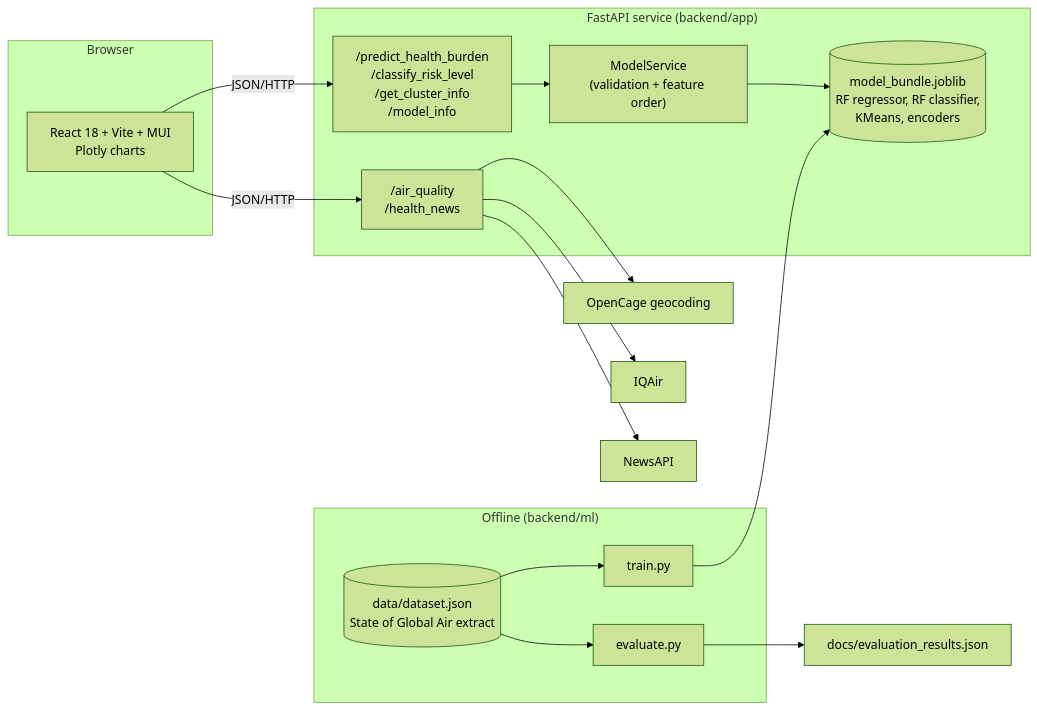
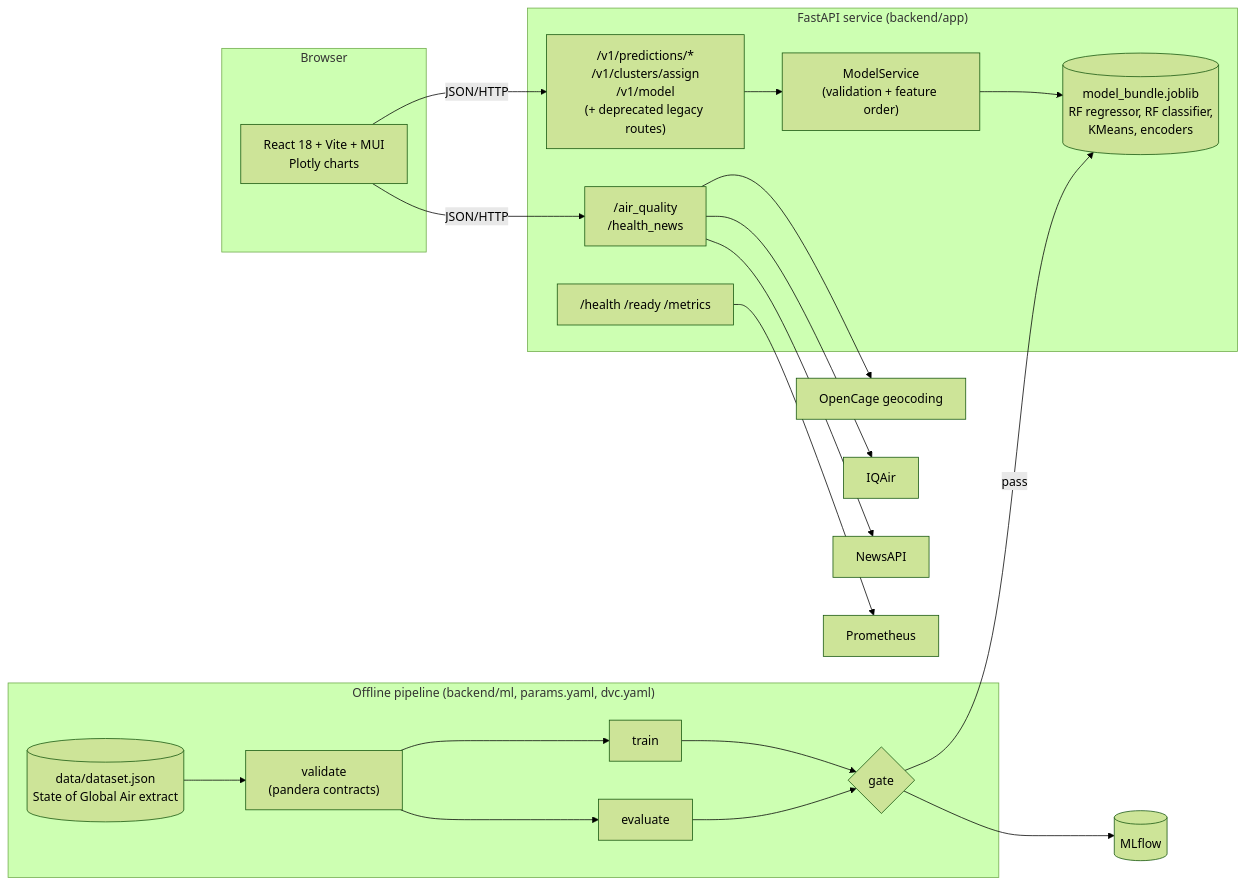
Before and after one commit to prattaybanik03/airburden: the diagram in docs/architecture.md, drawn with Mermaid (forest theme). The commit also changed other lines of this file and 6 other files, not shown here.

````diff
--- a/docs/architecture.md
+++ b/docs/architecture.md
@@ -3,27 +3,33 @@
 ```mermaid
 flowchart LR
     subgraph Browser
         UI["React 18 + Vite + MUI<br/>Plotly charts"]
     end
     subgraph Backend["FastAPI service (backend/app)"]
-        R1["/predict_health_burden<br/>/classify_risk_level<br/>/get_cluster_info<br/>/model_info"]
+        R1["/v1/predictions/*<br/>/v1/clusters/assign<br/>/v1/model<br/>(+ deprecated legacy routes)"]
+        OPS["/health /ready /metrics"]
         R2["/air_quality<br/>/health_news"]
         MS["ModelService<br/>(validation + feature order)"]
         B[("model_bundle.joblib<br/>RF regressor, RF classifier,<br/>KMeans, encoders")]
     end
-    subgraph Offline["Offline (backend/ml)"]
+    subgraph Offline["Offline pipeline (backend/ml, params.yaml, dvc.yaml)"]
         D[("data/dataset.json<br/>State of Global Air extract")]
-        T["train.py"]
-        E["evaluate.py"]
+        V["validate<br/>(pandera contracts)"]
+        T["train"]
+        E["evaluate"]
+        G{"gate"}
     end
     OC["OpenCage geocoding"]
     IQ["IQAir"]
     NA["NewsAPI"]
 
     UI -- JSON/HTTP --> R1
     UI -- JSON/HTTP --> R2
     R1 --> MS --> B
     R2 --> OC & IQ & NA
-    D --> T --> B
-    D --> E --> V["docs/evaluation_results.json"]
+    D --> V --> T --> G
+    V --> E --> G
+    G -- pass --> B
+    G --> MLF[("MLflow")]
+    OPS --> PROM["Prometheus"]
 ```
````
